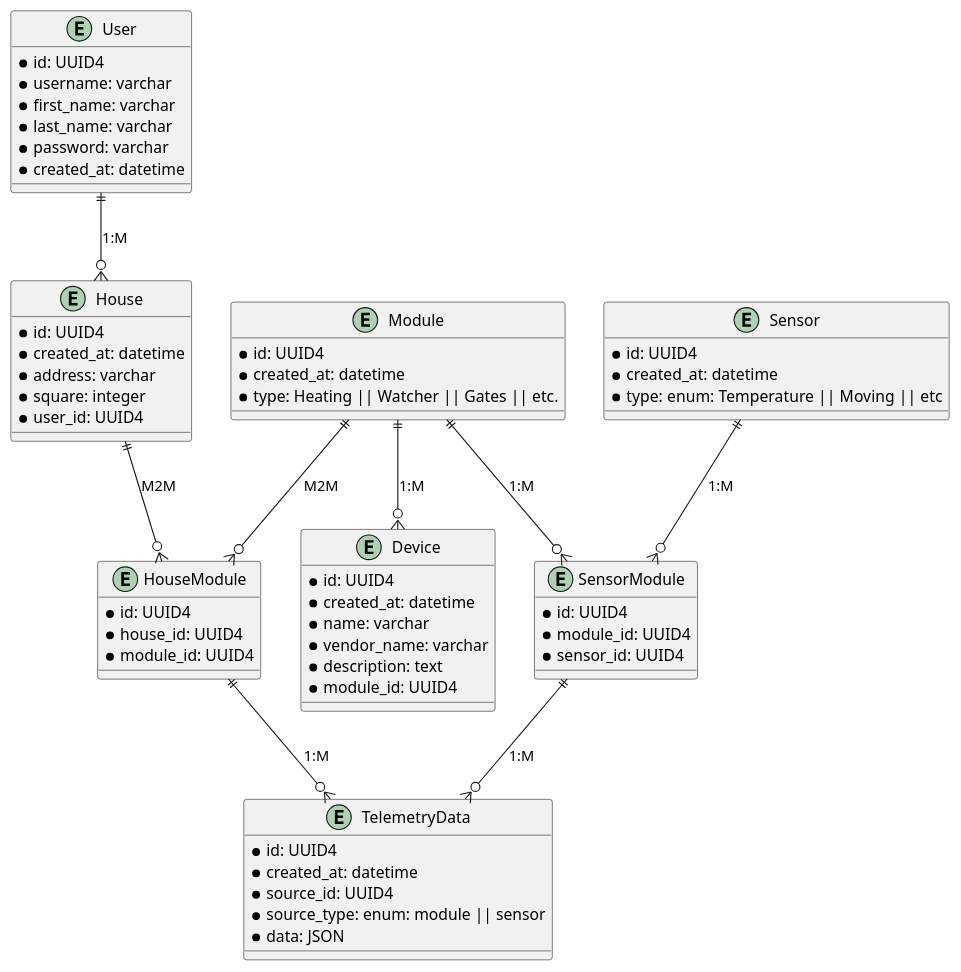
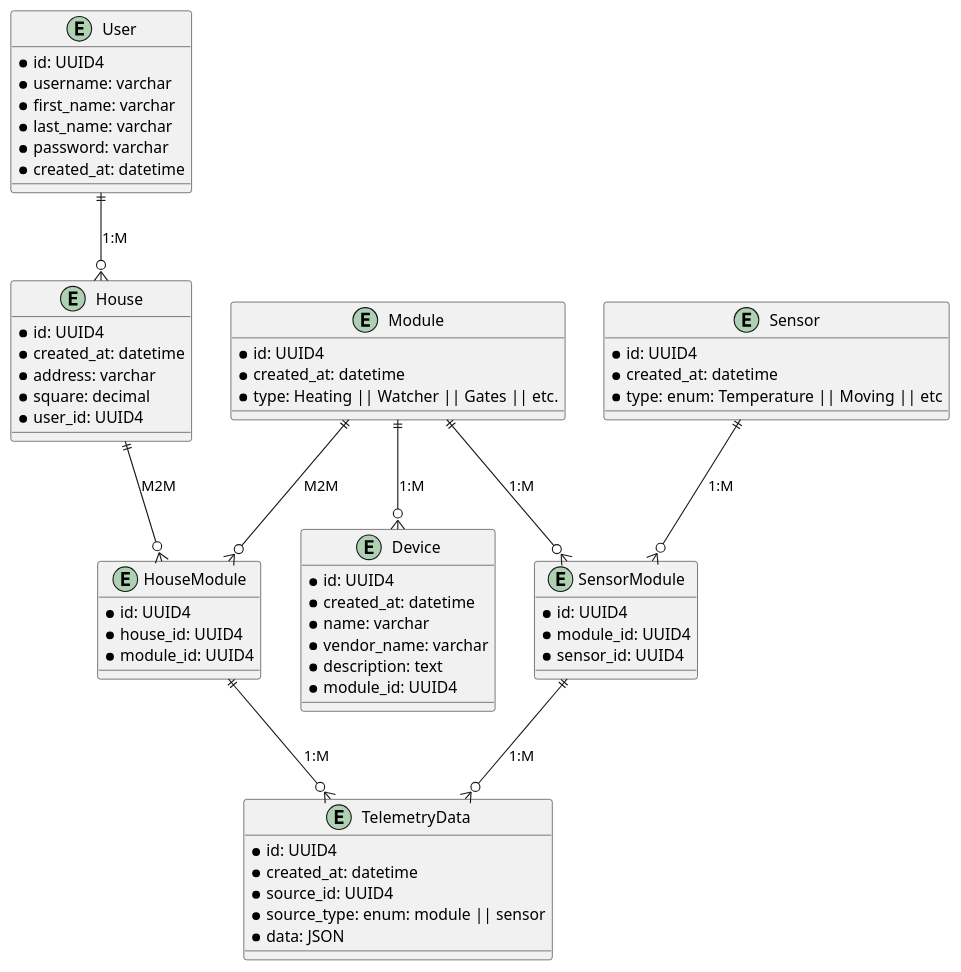
One commit to fireflysmk/architecture-sprint-3 changed the diagram in smart-home-monolith/diagrams/ER_CleverVillageSystem.puml. Above: the diagram before and after it, drawn with PlantUML.

Commit message:
improvements er diagram

```diff
--- a/smart-home-monolith/diagrams/ER_CleverVillageSystem.puml
+++ b/smart-home-monolith/diagrams/ER_CleverVillageSystem.puml
@@ -1,70 +1,70 @@
 @startuml
 entity "User" {
     *id: UUID4
     *username: varchar
     *first_name: varchar
     *last_name: varchar
     *password: varchar
     *created_at: datetime
 }
 
 entity "House" {
     *id: UUID4
     *created_at: datetime
     *address: varchar
-    *square: integer
+    *square: decimal
     *user_id: UUID4
 }
 
 entity "Module" {
     *id: UUID4
     *created_at: datetime
     *type: Heating || Watcher || Gates || etc.
 }
 
 entity "HouseModule" {
     *id: UUID4
     *house_id: UUID4
     *module_id: UUID4
 }
 
 entity "SensorModule" {
     *id: UUID4
     *module_id: UUID4
     *sensor_id: UUID4
 }
 
 entity "Device" {
     *id: UUID4
     *created_at: datetime
     *name: varchar
     *vendor_name: varchar
     *description: text
     *module_id: UUID4
 }
 
 entity "Sensor" {
     *id: UUID4
     *created_at: datetime
     *type: enum: Temperature || Moving || etc
 }
 
 entity "TelemetryData" {
     *id: UUID4
     *created_at: datetime
     *source_id: UUID4
     *source_type: enum: module || sensor
     *data: JSON
 }
 
 User ||--o{ House : "1:M"
 House ||--o{ HouseModule : "M2M"
 Module ||--o{ HouseModule : "M2M"
 Module ||--o{ Device : "1:M"
 
 Module ||--o{ SensorModule : "1:M"
 Sensor ||--o{ SensorModule : "1:M"
 
 SensorModule ||--o{ TelemetryData : "1:M"
 HouseModule ||--o{ TelemetryData : "1:M"
 @enduml
```
